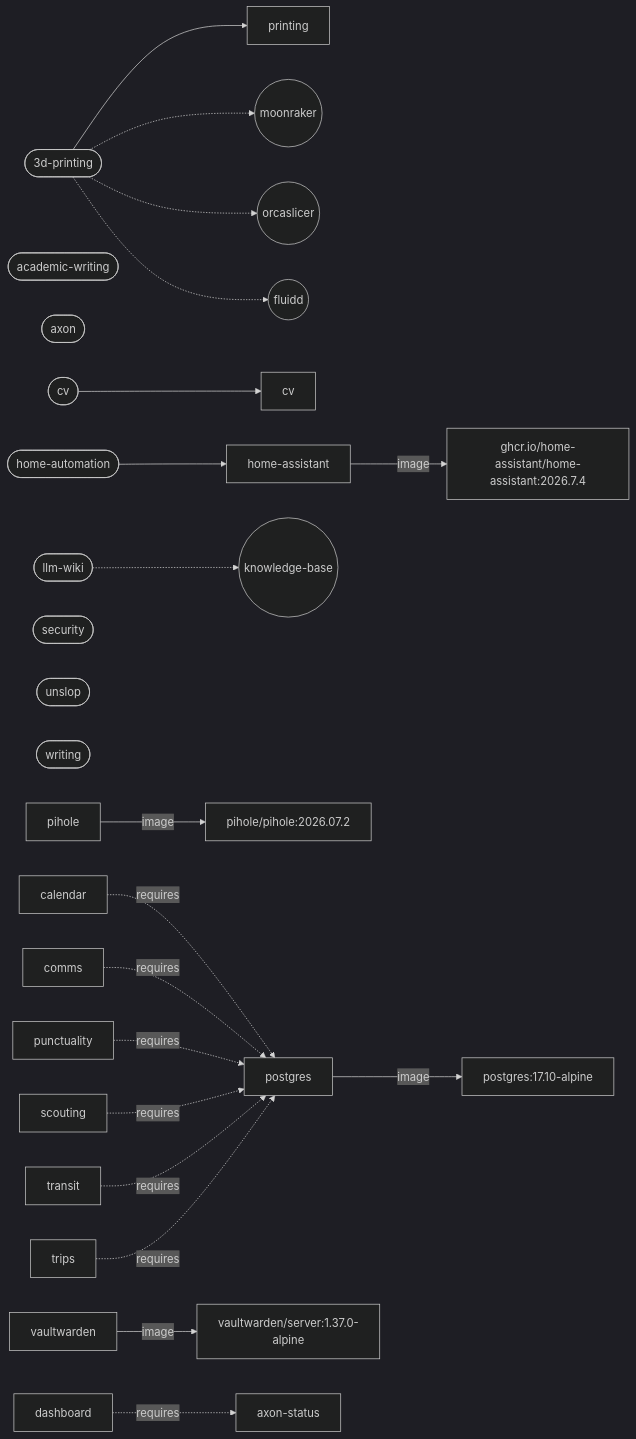
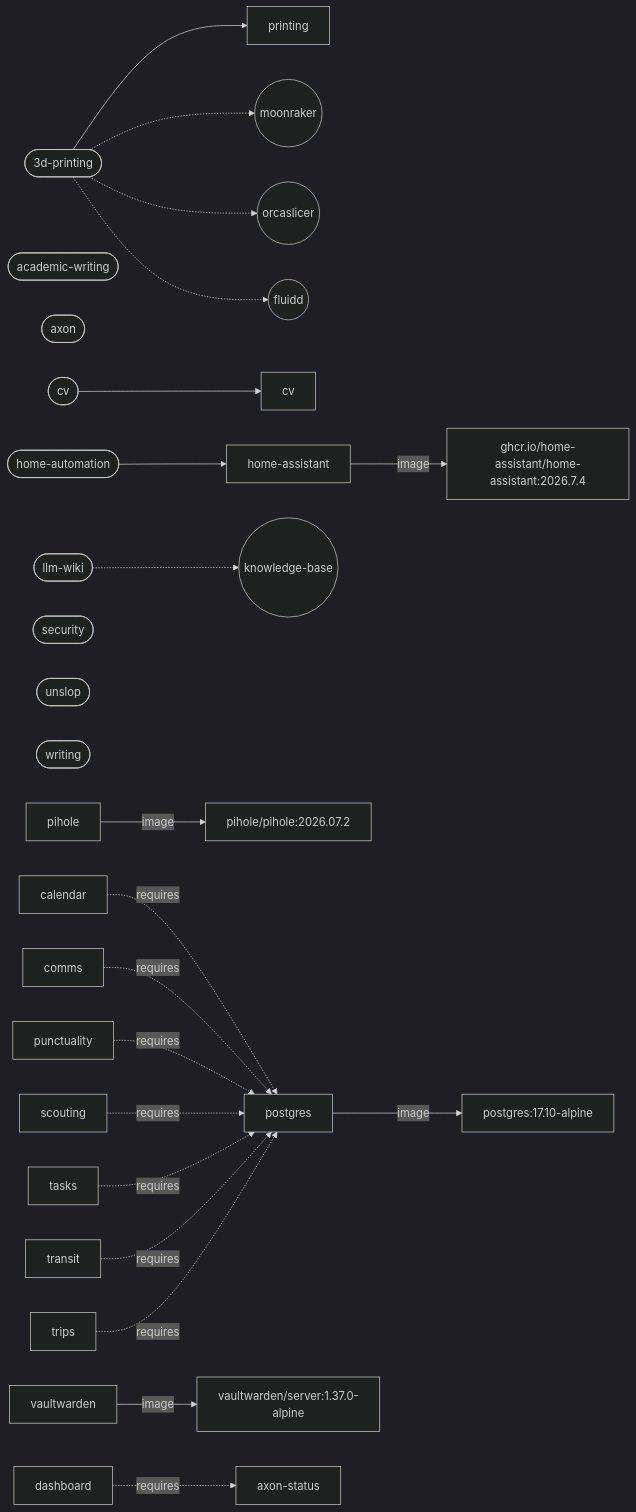
Before and after one commit to larsboes/Axon: the diagram in ARCHITECTURE.md, drawn with Mermaid (dark theme). The commit also changed other lines of this file and 26 other files, not shown here.

````diff
--- a/ARCHITECTURE.md
+++ b/ARCHITECTURE.md
@@ -120,30 +124,31 @@
 ```mermaid
 flowchart LR
   pack_3d_printing(["3d-printing"])
   pack_3d_printing --> cap_printing["printing"]
   pack_3d_printing -.-> sys_moonraker(("moonraker"))
   pack_3d_printing -.-> sys_orcaslicer(("orcaslicer"))
   pack_3d_printing -.-> sys_fluidd(("fluidd"))
   pack_academic_writing(["academic-writing"])
   pack_axon(["axon"])
   pack_cv(["cv"])
   pack_cv --> cap_cv["cv"]
   pack_home_automation(["home-automation"])
   pack_home_automation --> cap_home_assistant["home-assistant"]
   pack_llm_wiki(["llm-wiki"])
   pack_llm_wiki -.-> sys_knowledge_base(("knowledge-base"))
   pack_security(["security"])
   pack_unslop(["unslop"])
   pack_writing(["writing"])
   cap_home_assistant["home-assistant"] -->|image| img_ghcr_io_home_assistant_home_assistant["ghcr.io/home-assistant/home-assistant:2026.7.4"]
   cap_pihole["pihole"] -->|image| img_pihole_pihole["pihole/pihole:2026.07.2"]
   cap_postgres["postgres"] -->|image| img_postgres["postgres:17.10-alpine"]
   cap_vaultwarden["vaultwarden"] -->|image| img_vaultwarden_server["vaultwarden/server:1.37.0-alpine"]
   cap_calendar["calendar"] -.->|requires| cap_postgres["postgres"]
   cap_comms["comms"] -.->|requires| cap_postgres["postgres"]
   cap_punctuality["punctuality"] -.->|requires| cap_postgres["postgres"]
   cap_scouting["scouting"] -.->|requires| cap_postgres["postgres"]
+  cap_tasks["tasks"] -.->|requires| cap_postgres["postgres"]
   cap_transit["transit"] -.->|requires| cap_postgres["postgres"]
   cap_trips["trips"] -.->|requires| cap_postgres["postgres"]
   cap_dashboard["dashboard"] -.->|requires| cap_axon_status["axon-status"]
 ```
````
